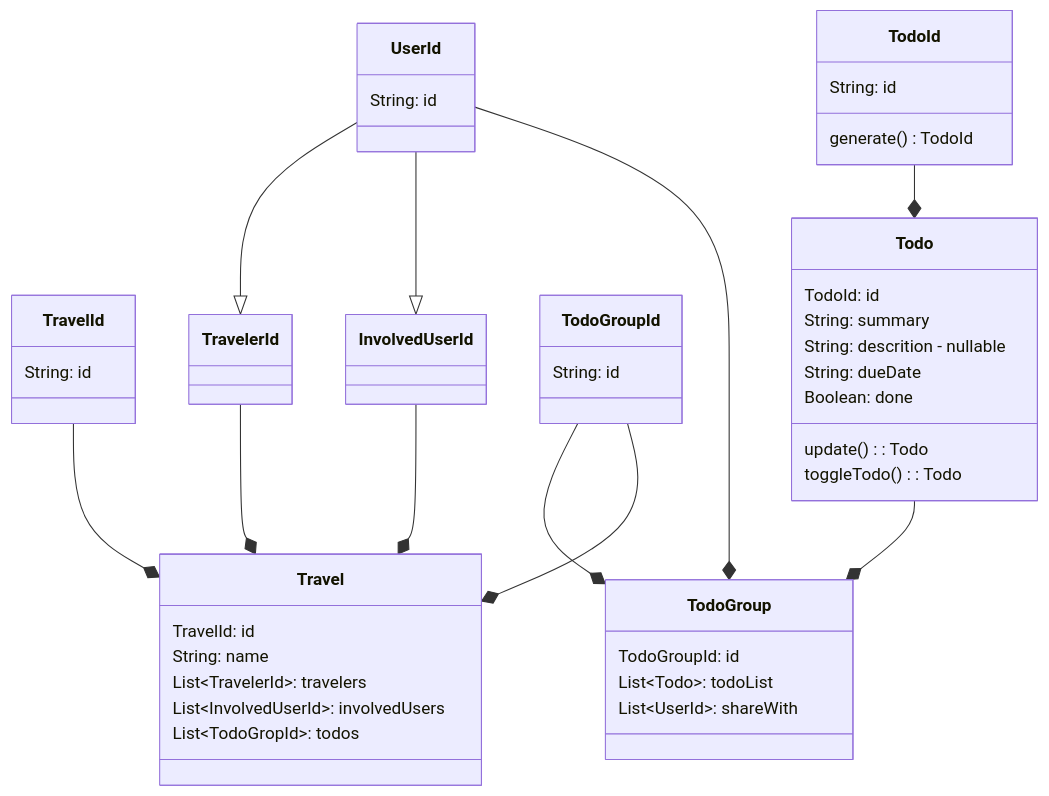
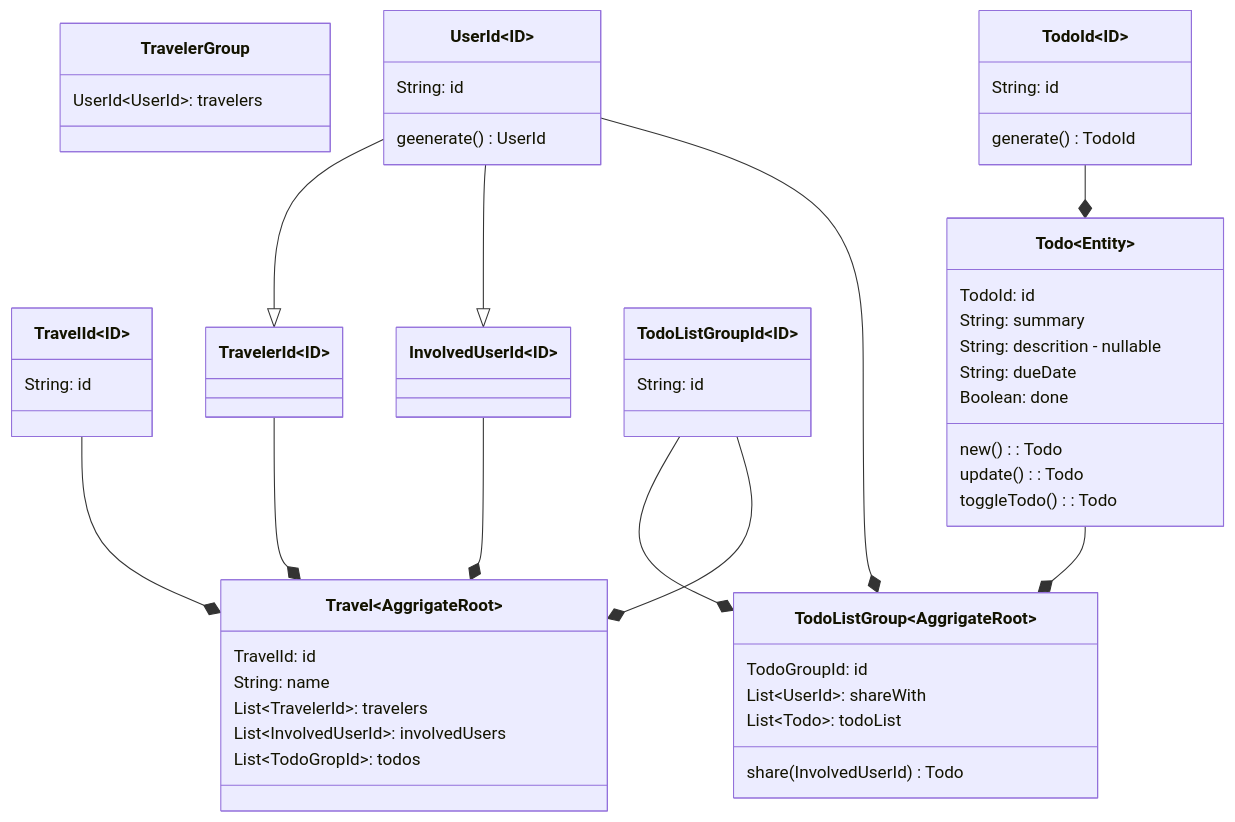
The second of 2 diagrams in docs/project/docs/models/models.md (hitohata/WhereWereWe), drawn with Mermaid before and after one commit. The commit also changed other lines of this file, not shown here.

Commit message:
feat: updated diagram

````diff
--- a/docs/project/docs/models/models.md
+++ b/docs/project/docs/models/models.md
@@ -24,60 +24,67 @@
 ```mermaid
 classDiagram
-    class TravelId {
+    class TravelId~ID~ {
         String: id
     }
     
-    class Travel {
+    class Travel~AggrigateRoot~ {
         TravelId: id
         String: name    
         List~TravelerId~: travelers
         List~InvolvedUserId~: involvedUsers
         List~TodoGropId~: todos
     }
     
-    class UserId {
+    class TravelerGroup {
+        UserId~UserId~: travelers
+    }
+    
+    class UserId~ID~ {
+        String: id
+        geenerate() UserId
+    }
+    
+    class TravelerId~ID~ {
+    }
+    
+    class InvolvedUserId~ID~ {
+    }    
+    
+    class TodoListGroupId~ID~ {
         String: id
     }
     
-    class TravelerId {
+    class TodoListGroup~AggrigateRoot~ {
+        TodoGroupId: id
+        List~UserId~: shareWith
+        List~Todo~: todoList
+        share(InvolvedUserId) Todo
     }
     
-    class InvolvedUserId {
-    }    
-    
-    class TodoGroupId {
-        String: id
-    }
-    
-    class TodoGroup {
-        TodoGroupId: id
-        List~Todo~: todoList
-        List~UserId~: shareWith
-    }
-    
-    class TodoId {
+    class TodoId~ID~ {
         String: id
         generate() TodoId
     }
     
-    class Todo {
+    class Todo~Entity~ {
         TodoId: id
         String: summary
         String: descrition - nullable
         String: dueDate
         Boolean: done
+        new(): Todo
         update(): Todo
         toggleTodo(): Todo
     }
 
     UserId --|> TravelerId
     UserId --|> InvolvedUserId
     TravelId --* Travel
     TravelerId --* Travel
     InvolvedUserId --* Travel
-    Todo --* TodoGroup
-    TodoGroupId --* TodoGroup
-    UserId --* TodoGroup
-    TodoGroupId --* Travel
+    Todo --* TodoListGroup
+    TodoListGroupId --* TodoListGroup
+    UserId --* TodoListGroup
+    TodoListGroupId --* Travel
     TodoId --* Todo
 ```
````
